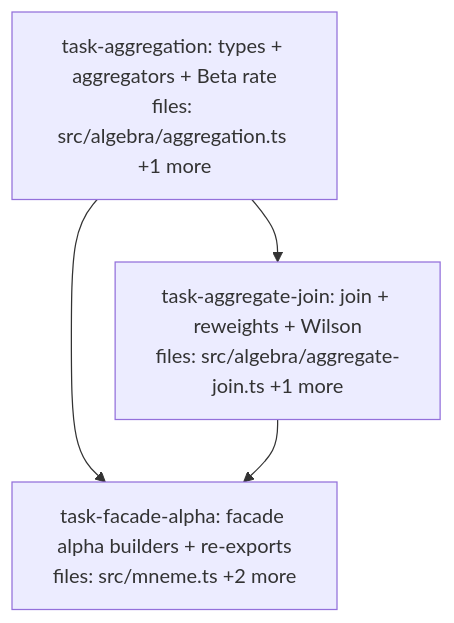
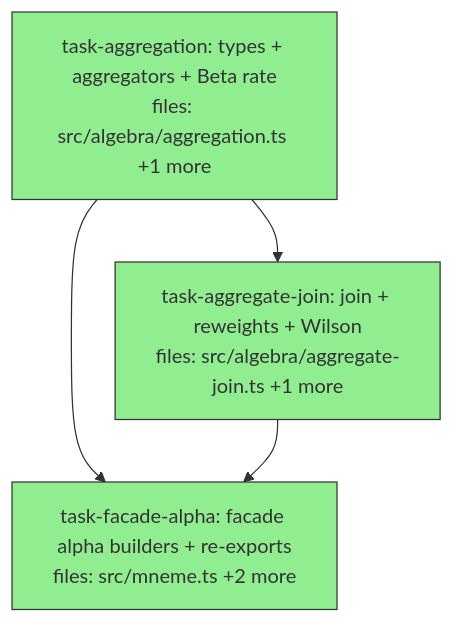
One commit to BrettNye/Mneme changed the diagram in docs/superpowers/plans/2026-05-26-mneme-v1-aggregation-dag.md. Above: the diagram before and after it, drawn with Mermaid. The commit also changed other lines of this file, not shown here.

Commit message:
docs(v1): mark aggregation α plan complete — 3/3 tasks done (original four v1 sub-milestones complete)

````diff
--- a/docs/superpowers/plans/2026-05-26-mneme-v1-aggregation-dag.md
+++ b/docs/superpowers/plans/2026-05-26-mneme-v1-aggregation-dag.md
@@ -6,16 +6,18 @@
 ```mermaid
 flowchart TD
     task-aggregation["task-aggregation: types + aggregators + Beta rate<br/>files: src/algebra/aggregation.ts +1 more"]
     task-aggregate-join["task-aggregate-join: join + reweights + Wilson<br/>files: src/algebra/aggregate-join.ts +1 more"]
     task-facade-alpha["task-facade-alpha: facade alpha builders + re-exports<br/>files: src/mneme.ts +2 more"]
 
     task-aggregation --> task-aggregate-join
     task-aggregation --> task-facade-alpha
     task-aggregate-join --> task-facade-alpha
 
     classDef done fill:#90ee90,stroke:#333
     classDef ready fill:#fffacd,stroke:#333
     classDef running fill:#87ceeb,stroke:#333
     classDef failed fill:#ffb6c1,stroke:#333
     classDef skipped fill:#d3d3d3,stroke:#333,stroke-dasharray: 5 5
+
+    class task-aggregation,task-aggregate-join,task-facade-alpha done
 ```
````
